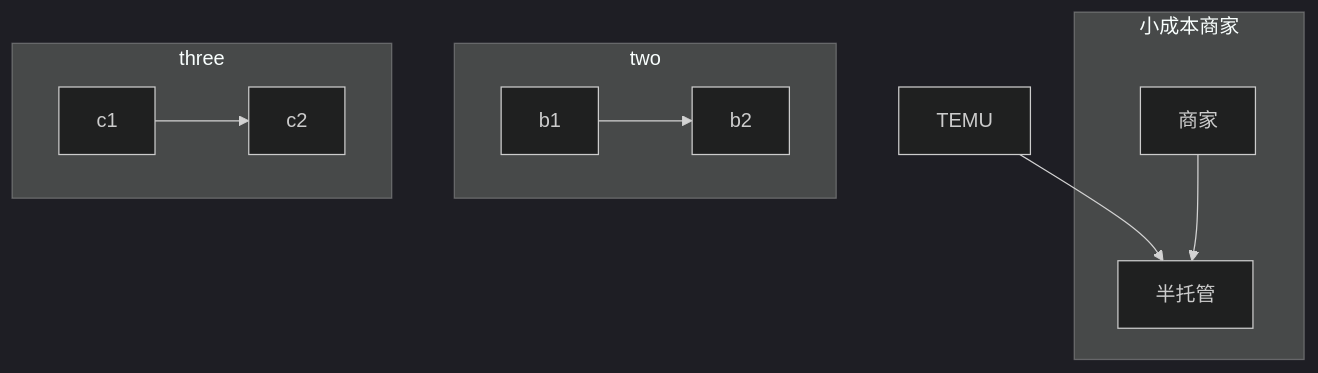
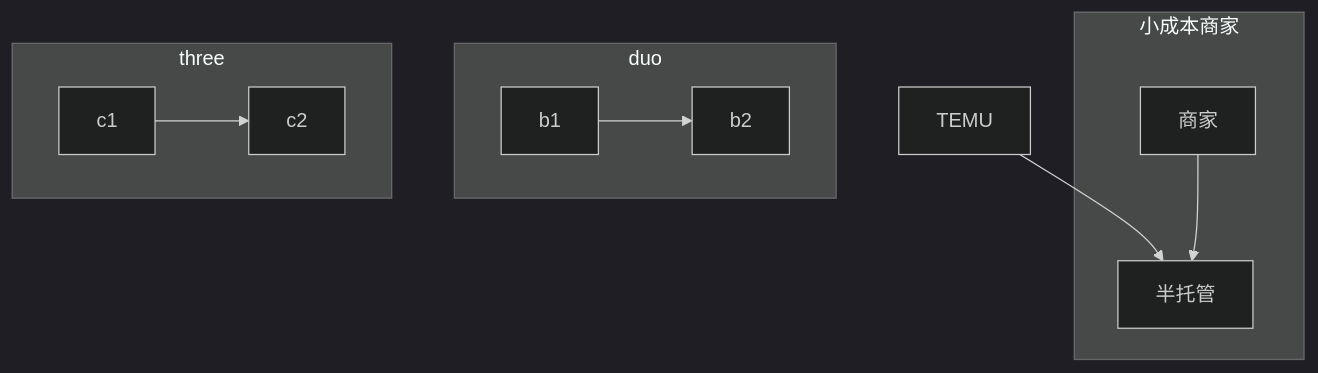
Before and after one commit to Zora0203/iodraw-files: the diagram in all/TEMU链路图.md, drawn with Mermaid (dark theme).

Commit message:
2024-12-06 16:26:33 update

````diff
--- a/all/TEMU链路图.md
+++ b/all/TEMU链路图.md
@@ -1,15 +1,15 @@
 ```mermaid
 
 
 flowchart TB
     TEMU-->半托管
     subgraph 小成本商家
     商家-->半托管
     end
-    subgraph two
+    subgraph duo
     b1-->b2
     end
     subgraph three
     c1-->c2
     end
 ```
````
